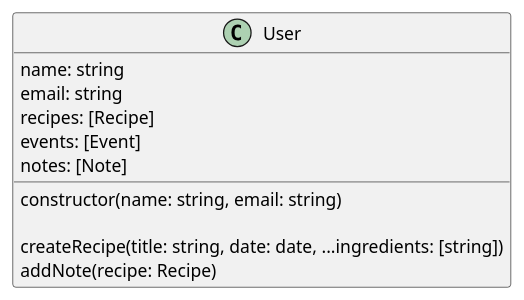
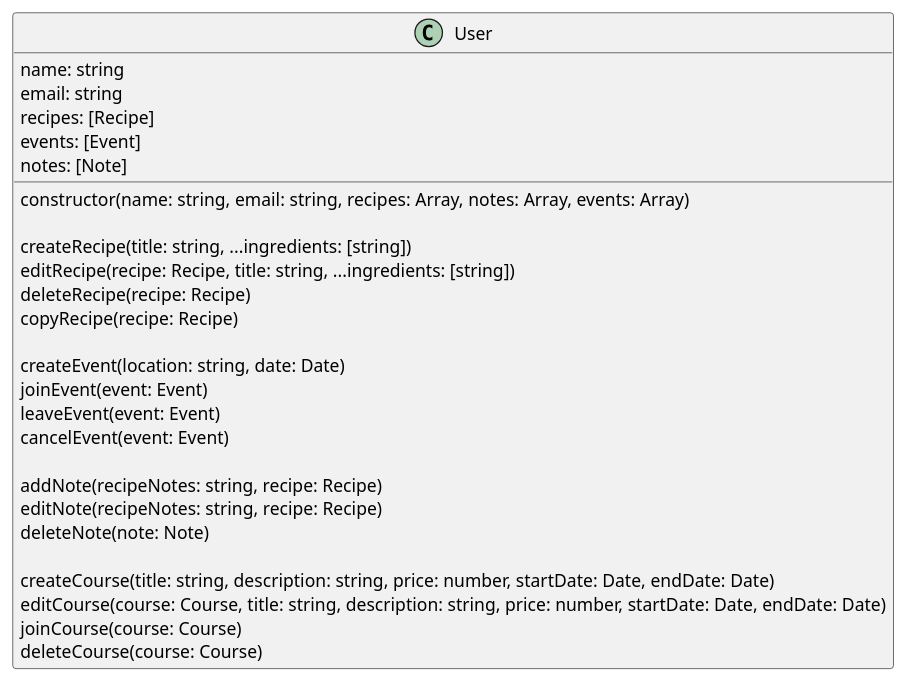
Before and after one commit to coyotiv-sose/graduation-project-talescript: the diagram in architecture/class.puml, drawn with PlantUML.

Commit message:
add class Diagram

```diff
--- a/architecture/class.puml
+++ b/architecture/class.puml
@@ -1,16 +1,31 @@
 @startuml SourdoughAPP
 class User {
   name: string
   email: string
   recipes: [Recipe]
   events: [Event]
   notes: [Note]
 
-  constructor(name: string, email: string)
+  constructor(name: string, email: string, recipes: Array, notes: Array, events: Array)
 
-  createRecipe(title: string, date: date, ...ingredients: [string])
-  addNote(recipe: Recipe)
+  createRecipe(title: string, ...ingredients: [string])
+  editRecipe(recipe: Recipe, title: string, ...ingredients: [string])
+  deleteRecipe(recipe: Recipe)
+  copyRecipe(recipe: Recipe)
 
+  createEvent(location: string, date: Date)
+  joinEvent(event: Event)
+  leaveEvent(event: Event)
+  cancelEvent(event: Event)
+
+  addNote(recipeNotes: string, recipe: Recipe)
+  editNote(recipeNotes: string, recipe: Recipe)
+  deleteNote(note: Note)
+
+  createCourse(title: string, description: string, price: number, startDate: Date, endDate: Date)
+  editCourse(course: Course, title: string, description: string, price: number, startDate: Date, endDate: Date)
+  joinCourse(course: Course)
+  deleteCourse(course: Course)
 
 }
 @enduml
```
